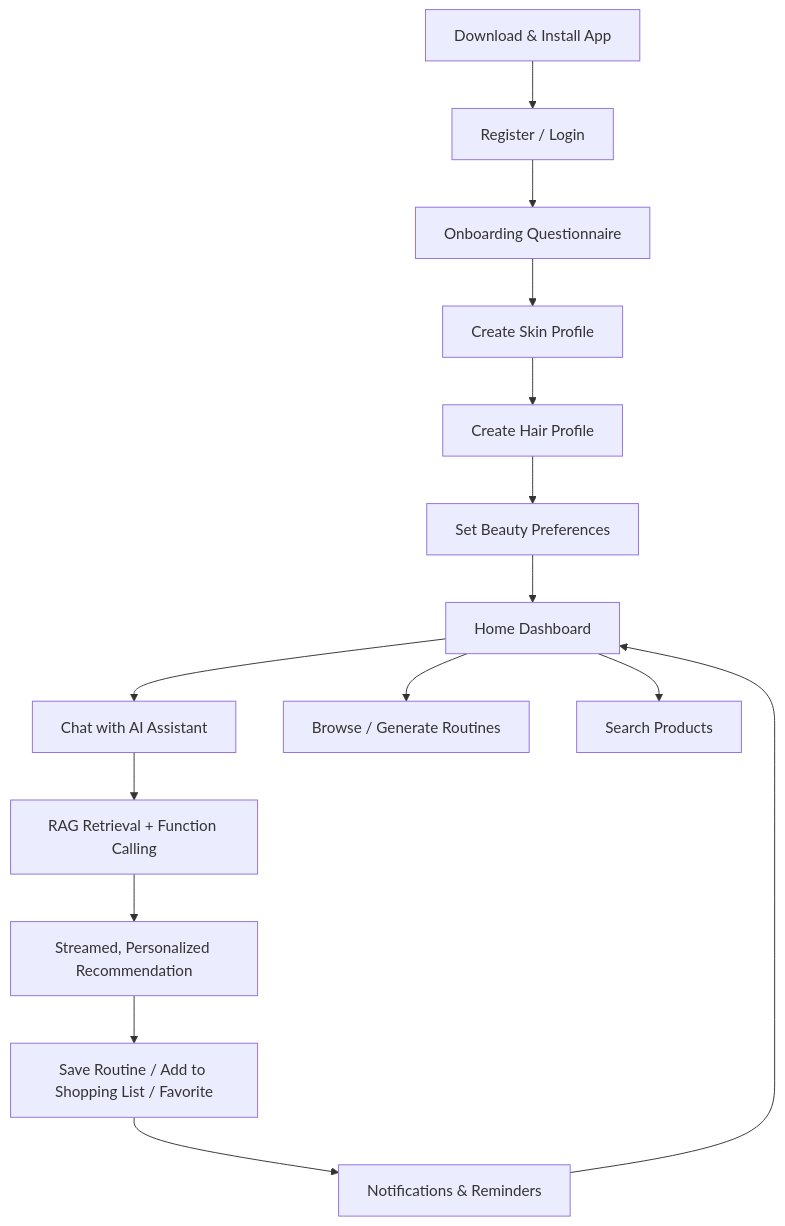
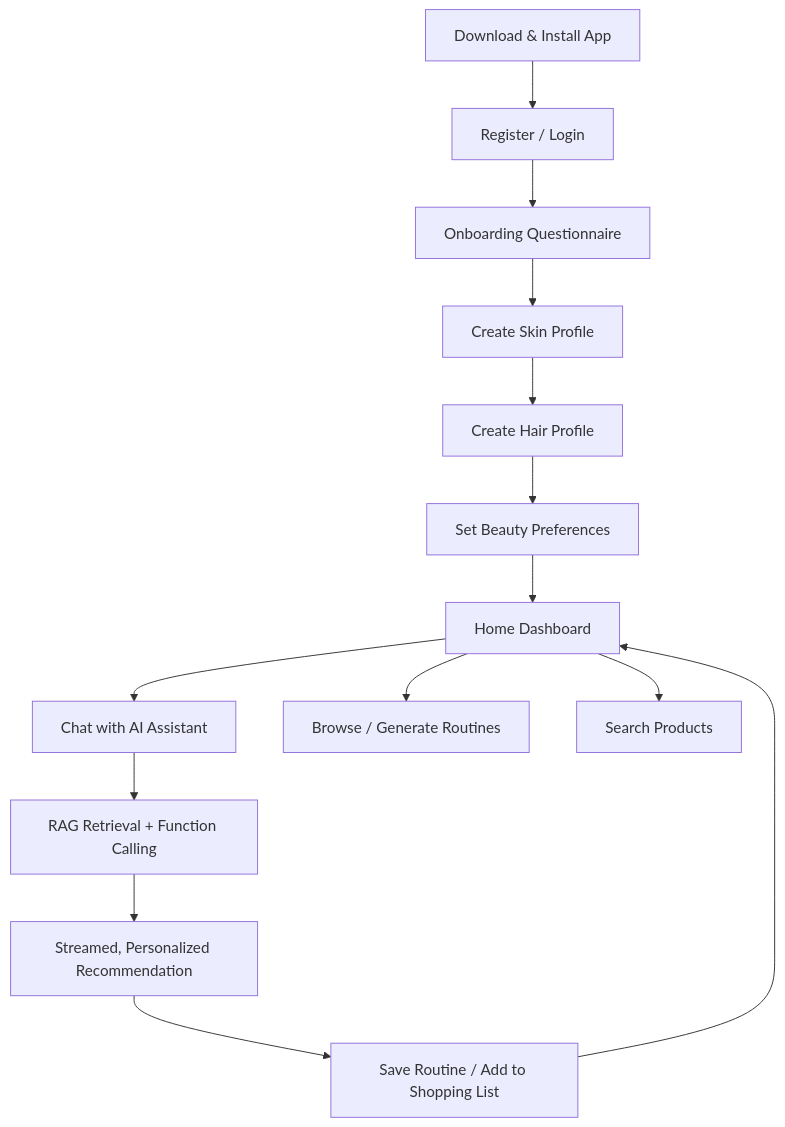
One commit to fikrifatimezzahra20-blip/BeautyGPT changed the eighth of 10 diagrams in README.md. Above: the diagram before and after it, drawn with Mermaid. The commit also changed other lines of this file, not shown here.

Commit message:
Refine AI agent functionality by removing references to favorites and enhancing shopping list management in the README

````diff
--- a/README.md
+++ b/README.md
@@ -1047,19 +991,18 @@
 ```mermaid
 flowchart TD
     A[Download & Install App] --> B[Register / Login]
     B --> C[Onboarding Questionnaire]
     C --> D[Create Skin Profile]
     D --> E[Create Hair Profile]
     E --> F[Set Beauty Preferences]
     F --> G[Home Dashboard]
 
     G --> H[Chat with AI Assistant]
     G --> I[Browse / Generate Routines]
     G --> J[Search Products]
 
     H --> K[RAG Retrieval + Function Calling]
     K --> L[Streamed, Personalized Recommendation]
-    L --> M[Save Routine / Add to Shopping List / Favorite]
-    M --> N[Notifications & Reminders]
-    N --> G
+    L --> M[Save Routine / Add to Shopping List]
+    M --> G
 ```
````
